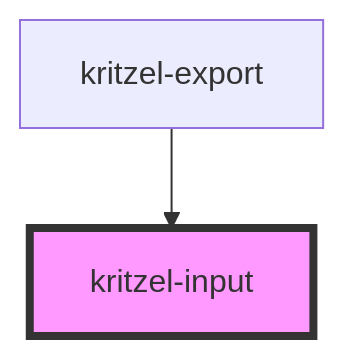
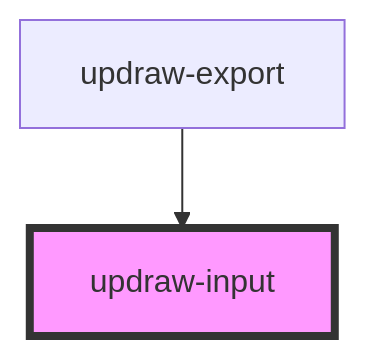
Before and after one commit to kasual1/kritzel: the diagram in libs/editor/core/src/components/updraw-input/readme.md, drawn with Mermaid. The commit also changed other lines of this file and 1129 other files, not shown here.

First line of the commit message:
Replace kritzel with updraw across the codebase

````diff
--- a/libs/editor/core/src/components/updraw-input/readme.md
+++ b/libs/editor/core/src/components/updraw-input/readme.md
@@ -45,5 +45,5 @@
 ```mermaid
 graph TD;
-  kritzel-export --> kritzel-input
-  style kritzel-input fill:#f9f,stroke:#333,stroke-width:4px
+  updraw-export --> updraw-input
+  style updraw-input fill:#f9f,stroke:#333,stroke-width:4px
 ```
````
